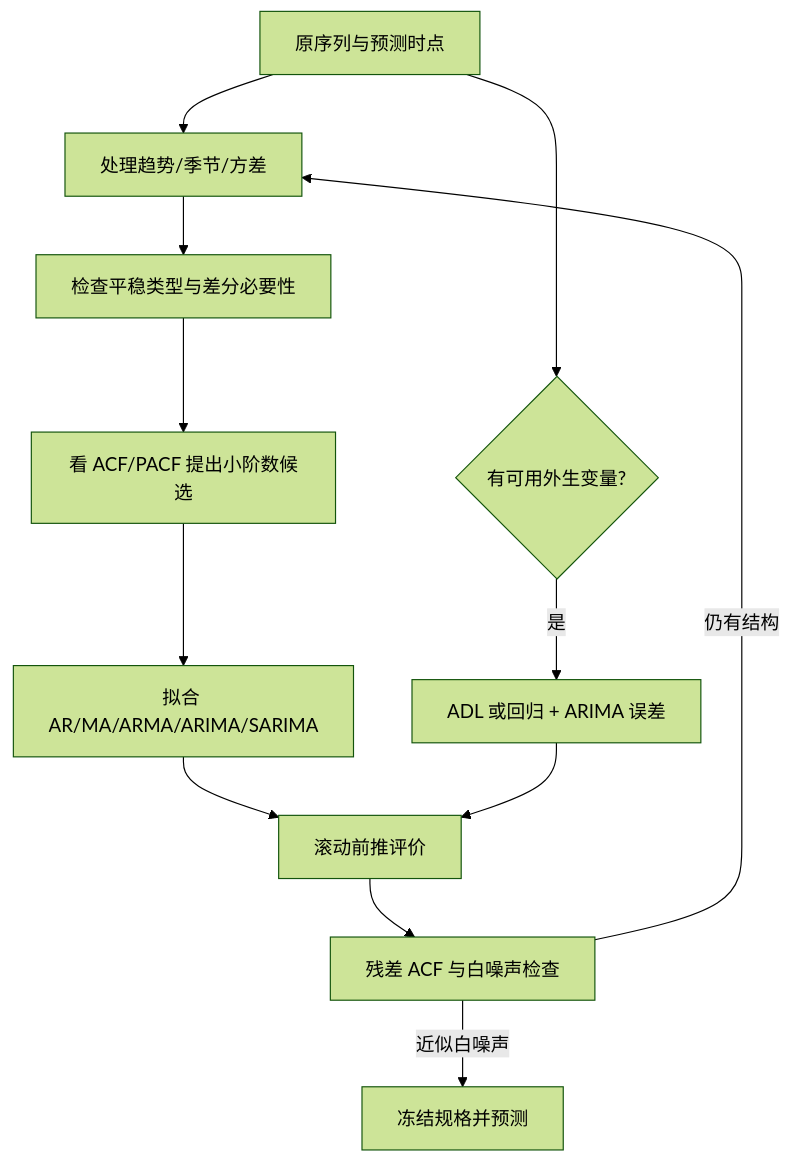
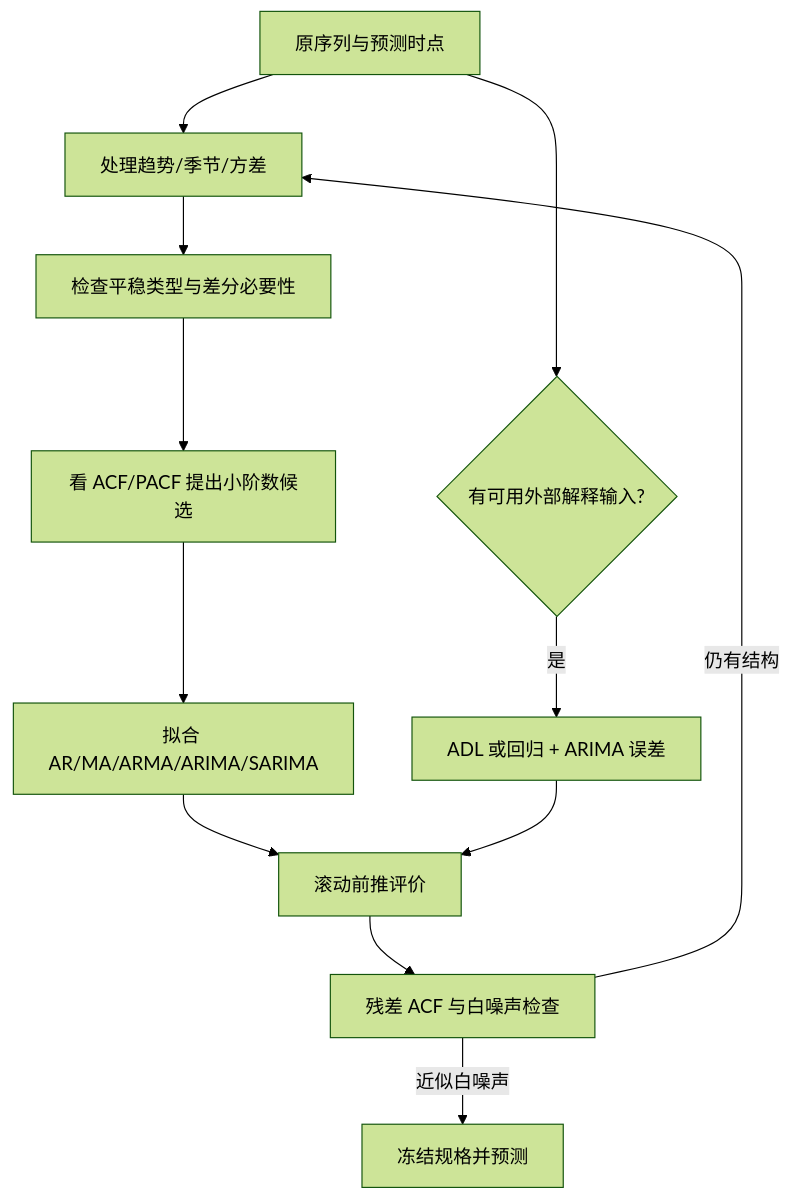
The third of 3 diagrams in IS6400_Business_Data_Analytics/notes/M08-时间序列II-自相关差分与ARIMA.md (CercaTrovato/cityu-ai-course-notes), drawn with Mermaid (forest theme) before and after one commit. The commit also changed other lines of this file and 189 other files, not shown here.

````diff
--- a/IS6400_Business_Data_Analytics/notes/M08-时间序列II-自相关差分与ARIMA.md
+++ b/IS6400_Business_Data_Analytics/notes/M08-时间序列II-自相关差分与ARIMA.md
@@ -871,14 +1097,14 @@
 ```mermaid
 flowchart TD
     A[原序列与预测时点] --> B[处理趋势/季节/方差]
     B --> C[检查平稳类型与差分必要性]
     C --> D[看 ACF/PACF 提出小阶数候选]
     D --> E[拟合 AR/MA/ARMA/ARIMA/SARIMA]
     E --> F[滚动前推评价]
     F --> G[残差 ACF 与白噪声检查]
     G -->|仍有结构| B
     G -->|近似白噪声| H[冻结规格并预测]
-    A --> I{有可用外生变量?}
+    A --> I{有可用外部解释输入?}
     I -->|是| J[ADL 或回归 + ARIMA 误差]
     J --> F
 ```
````
